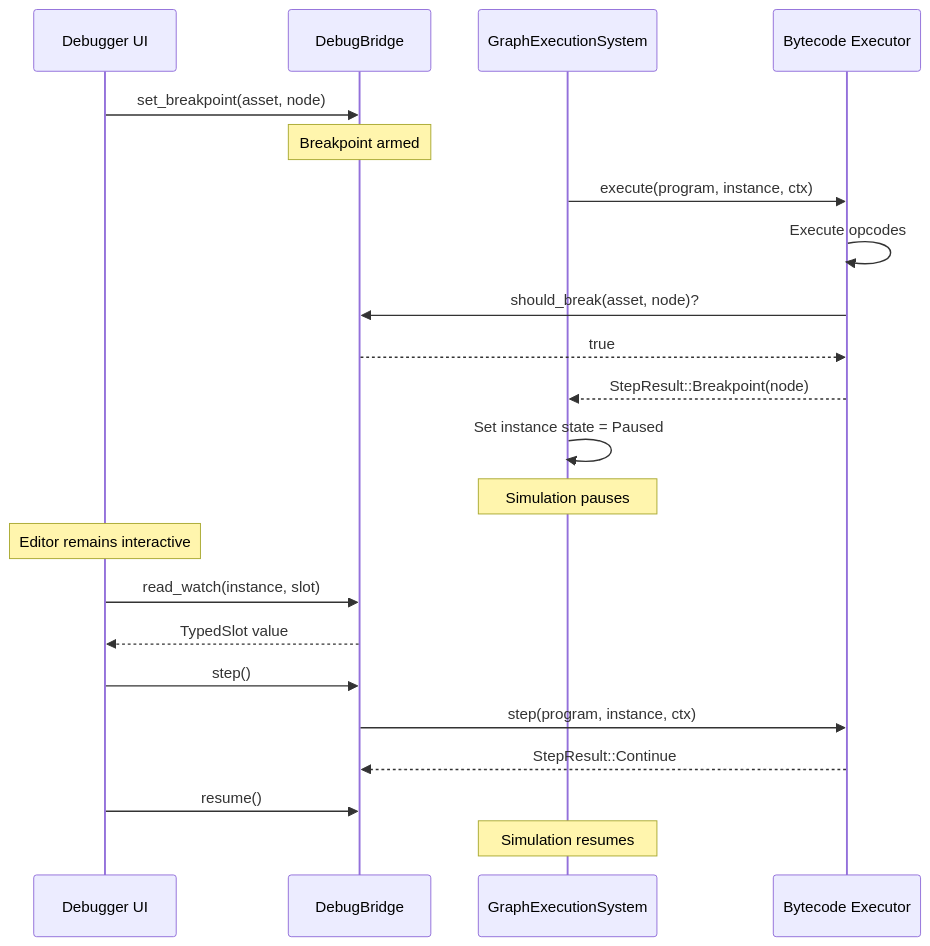
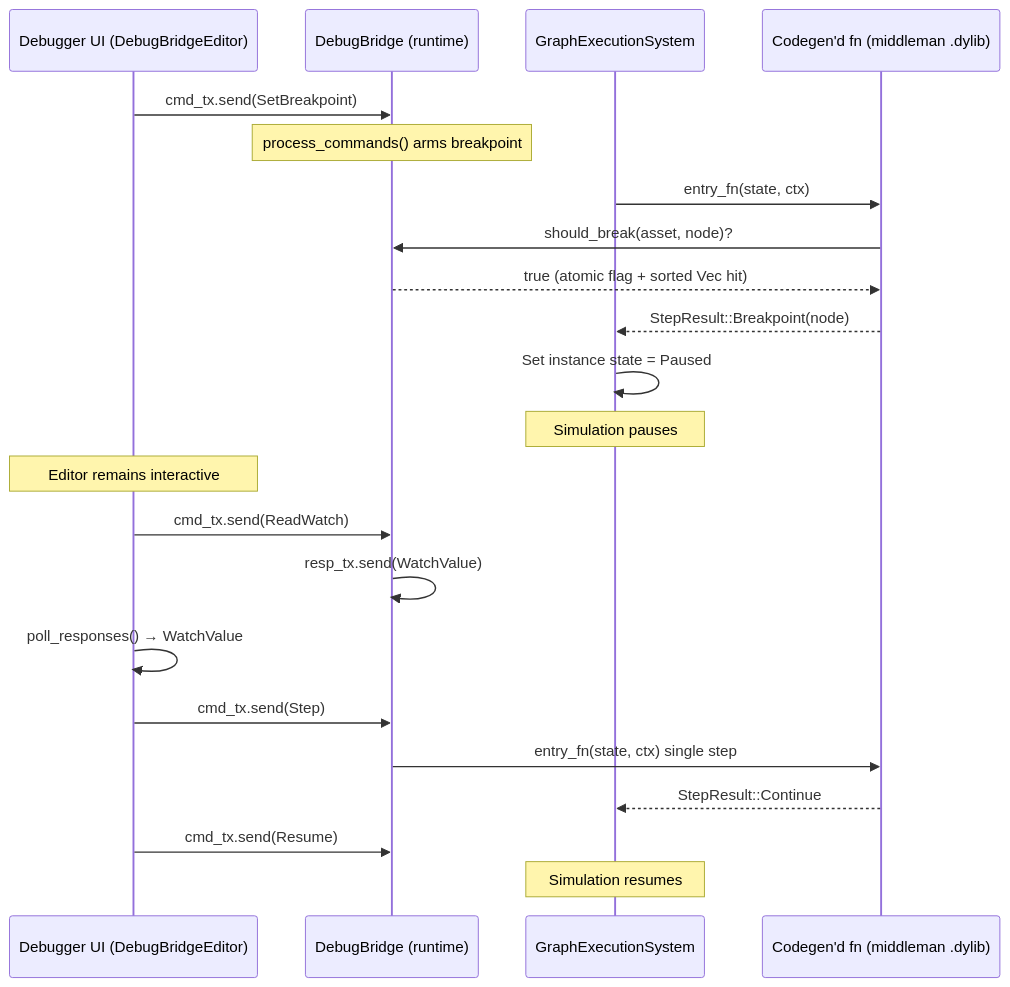
One commit to harmonius-dev/harmonius changed the seventh of 8 diagrams in docs/design/game-framework/scripting.md. Above: the diagram before and after it, drawn with Mermaid. The commit also changed other lines of this file and 174 other files, not shown here.

````diff
--- a/docs/design/game-framework/scripting.md
+++ b/docs/design/game-framework/scripting.md
@@ -1343,30 +1521,30 @@
 ```mermaid
 sequenceDiagram
-    participant DE as Debugger UI
-    participant DB as DebugBridge
+    participant DE as Debugger UI (DebugBridgeEditor)
+    participant DB as DebugBridge (runtime)
     participant GS as GraphExecutionSystem
-    participant VM as Bytecode Executor
+    participant FP as Codegen'd fn (middleman .dylib)
 
-    DE->>DB: set_breakpoint(asset, node)
-    Note over DB: Breakpoint armed
+    DE->>DB: cmd_tx.send(SetBreakpoint)
+    Note over DB: process_commands() arms breakpoint
 
-    GS->>VM: execute(program, instance, ctx)
-    VM->>VM: Execute opcodes
-    VM->>DB: should_break(asset, node)?
-    DB-->>VM: true
-    VM-->>GS: StepResult::Breakpoint(node)
+    GS->>FP: entry_fn(state, ctx)
+    FP->>DB: should_break(asset, node)?
+    DB-->>FP: true (atomic flag + sorted Vec hit)
+    FP-->>GS: StepResult::Breakpoint(node)
     GS->>GS: Set instance state = Paused
 
     Note over GS: Simulation pauses
     Note over DE: Editor remains interactive
 
-    DE->>DB: read_watch(instance, slot)
-    DB-->>DE: TypedSlot value
+    DE->>DB: cmd_tx.send(ReadWatch)
+    DB->>DB: resp_tx.send(WatchValue)
+    DE->>DE: poll_responses() → WatchValue
 
-    DE->>DB: step()
-    DB->>VM: step(program, instance, ctx)
-    VM-->>DB: StepResult::Continue
+    DE->>DB: cmd_tx.send(Step)
+    DB->>FP: entry_fn(state, ctx) single step
+    FP-->>GS: StepResult::Continue
 
-    DE->>DB: resume()
+    DE->>DB: cmd_tx.send(Resume)
     Note over GS: Simulation resumes
 ```
````
